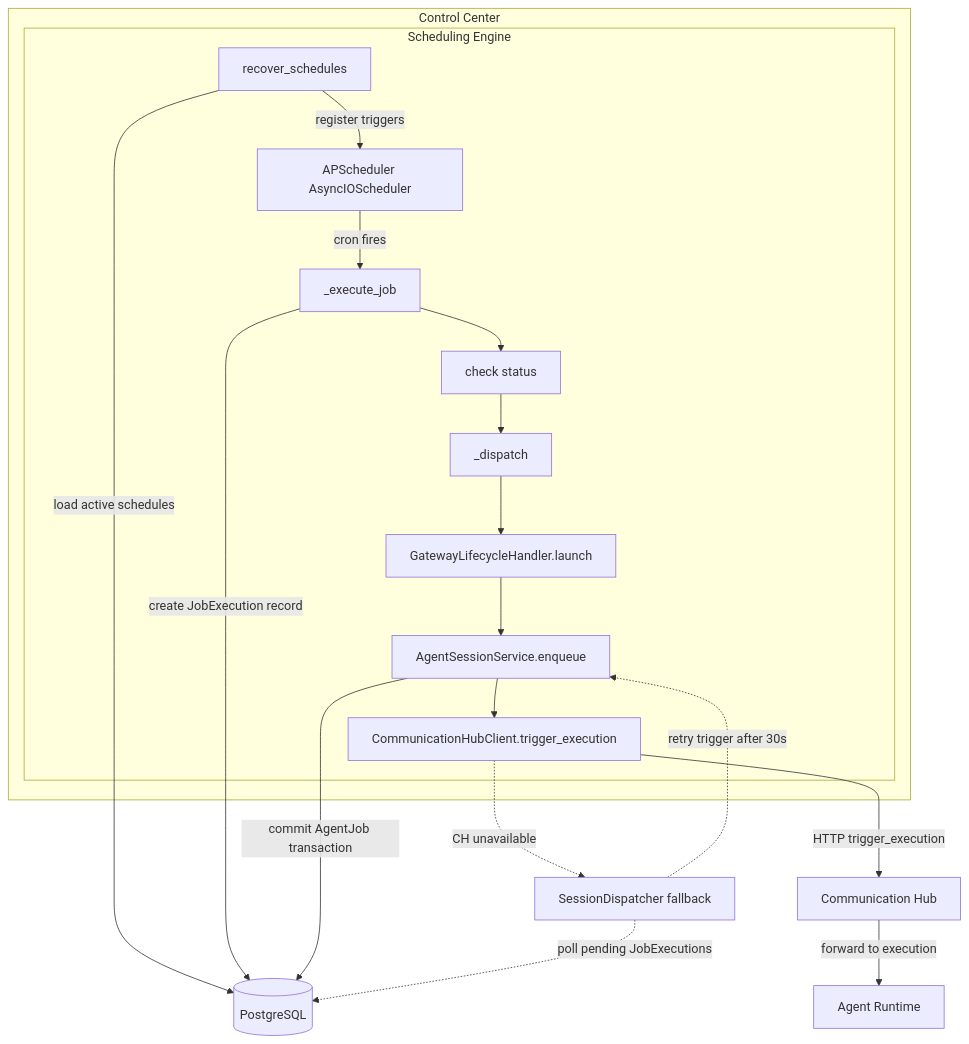
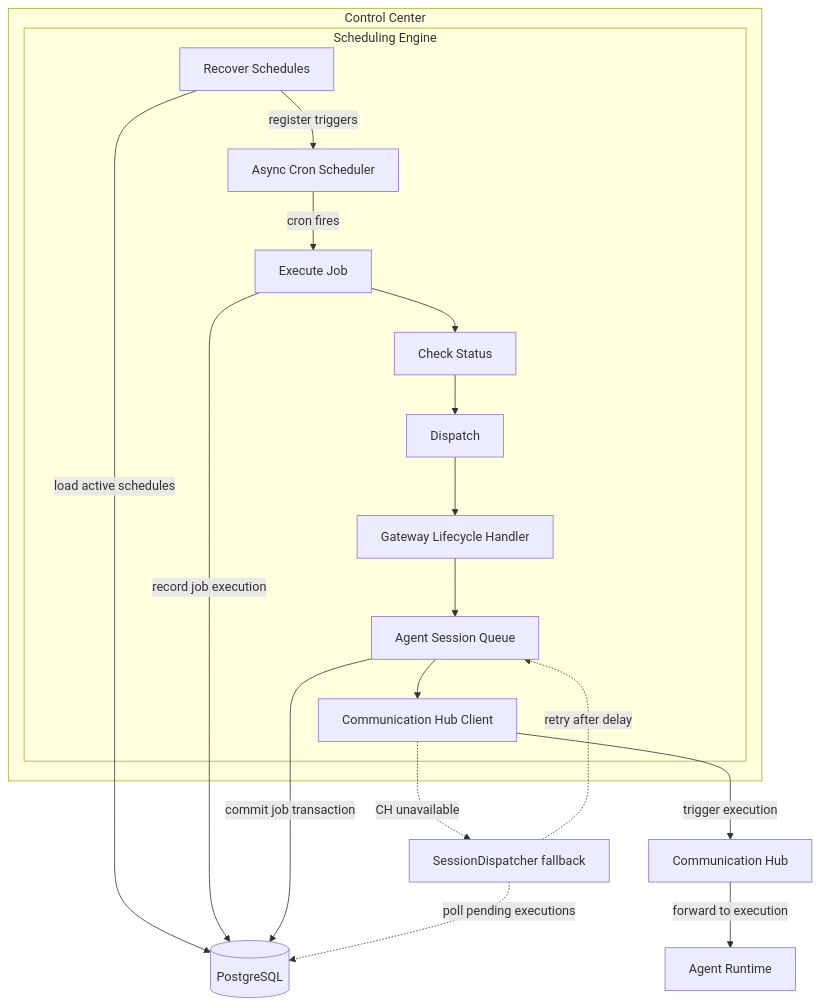
Before and after one commit to hurungang/parthenon: the diagram in docs/master/architecture/modules/scheduling/architecture.md, drawn with Mermaid. The commit also changed other lines of this file and 58 other files, not shown here.

````diff
--- a/docs/master/architecture/modules/scheduling/architecture.md
+++ b/docs/master/architecture/modules/scheduling/architecture.md
@@ -7,38 +7,38 @@
 ```mermaid
 flowchart TB
     subgraph CC[Control Center]
         subgraph SE[Scheduling Engine]
-            APS[APScheduler AsyncIOScheduler]
-            EJ[_execute_job]
-            CS[check status]
-            DP[_dispatch]
-            GHL[GatewayLifecycleHandler.launch]
-            ASS[AgentSessionService.enqueue]
-            CHC[CommunicationHubClient.trigger_execution]
-            REC[recover_schedules]
+            SCH[Async Cron Scheduler]
+            EJ[Execute Job]
+            CS[Check Status]
+            DP[Dispatch]
+            GLH[Gateway Lifecycle Handler]
+            ASQ[Agent Session Queue]
+            HUB[Communication Hub Client]
+            REC[Recover Schedules]
         end
     end
 
     DB[(PostgreSQL)]
     CH[Communication Hub]
     AR[Agent Runtime]
     SD[SessionDispatcher fallback]
 
     REC -->|load active schedules| DB
-    REC -->|register triggers| APS
+    REC -->|register triggers| SCH
 
-    APS -->|cron fires| EJ
-    EJ -->|create JobExecution record| DB
+    SCH -->|cron fires| EJ
+    EJ -->|record job execution| DB
     EJ --> CS
     CS --> DP
-    DP --> GHL
-    GHL --> ASS
-    ASS -->|commit AgentJob transaction| DB
-    ASS --> CHC
-    CHC -->|HTTP trigger_execution| CH
+    DP --> GLH
+    GLH --> ASQ
+    ASQ -->|commit job transaction| DB
+    ASQ --> HUB
+    HUB -->|trigger execution| CH
     CH -->|forward to execution| AR
 
-    CHC -.->|CH unavailable| SD
-    SD -.->|poll pending JobExecutions| DB
-    SD -.->|retry trigger after 30s| ASS
+    HUB -.->|CH unavailable| SD
+    SD -.->|poll pending executions| DB
+    SD -.->|retry after delay| ASQ
 ```
````
